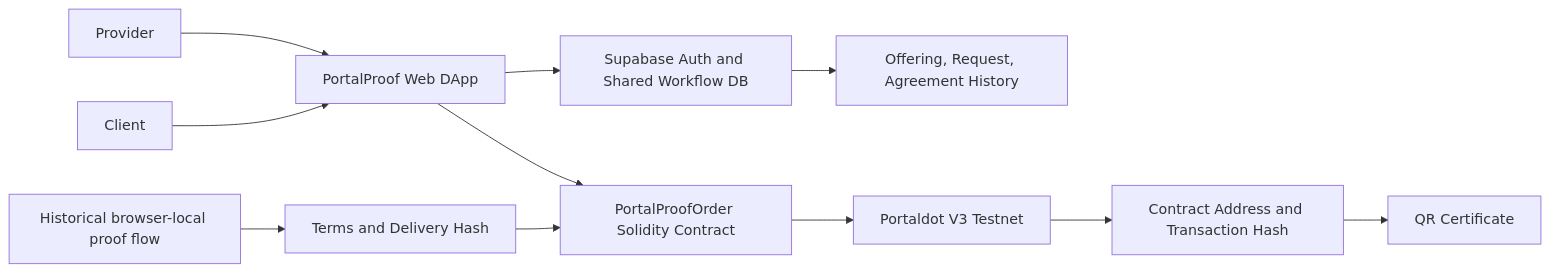
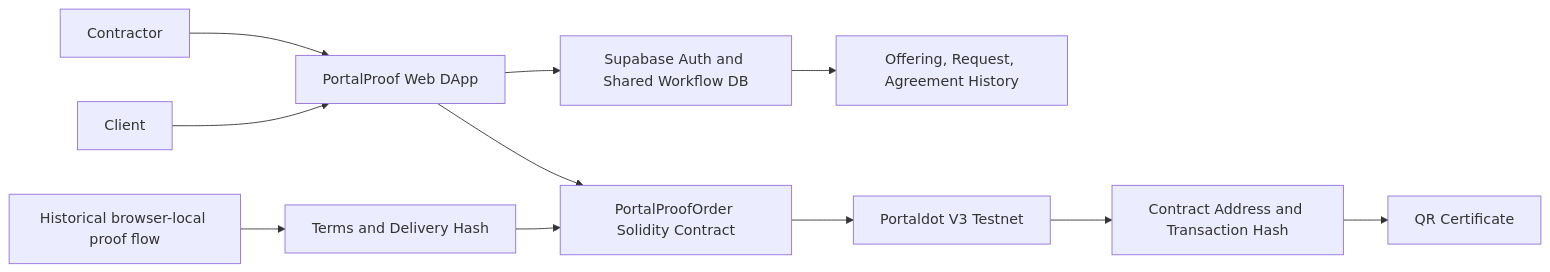
One commit to nato-san/PortalProof changed the first of 2 diagrams in README.md. Above: the diagram before and after it, drawn with Mermaid. The commit also changed other lines of this file, not shown here.

````diff
--- a/README.md
+++ b/README.md
@@ -100,13 +101,13 @@
 ```mermaid
 flowchart LR
-  Creator[Provider] --> DApp[PortalProof Web DApp]
+  Contractor[Contractor] --> DApp[PortalProof Web DApp]
   Client[Client] --> DApp
   DApp --> Shared[Supabase Auth and Shared Workflow DB]
   Shared --> Jobs[Offering, Request, Agreement History]
   DApp --> Contract[PortalProofOrder Solidity Contract]
   Historical[Historical browser-local proof flow] --> Hash[Terms and Delivery Hash]
   Hash --> Contract
   Contract --> V3[Portaldot V3 Testnet]
   V3 --> Evidence[Contract Address and Transaction Hash]
   Evidence --> Cert[QR Certificate]
 ```
````
